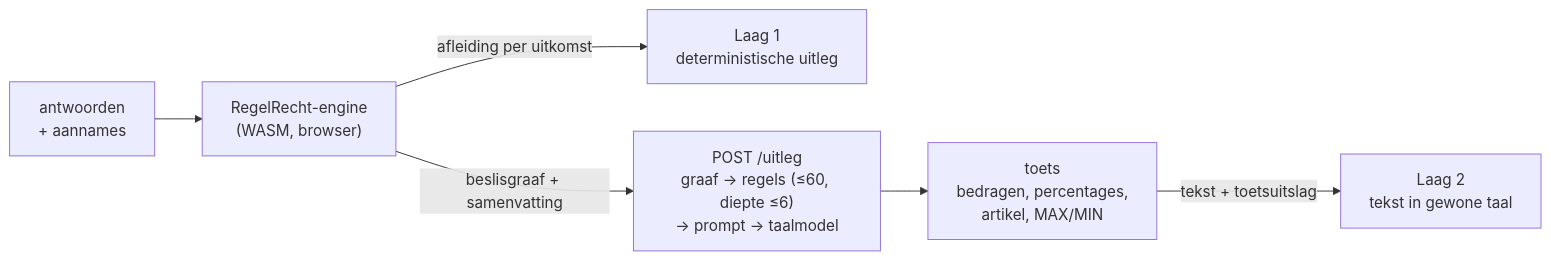
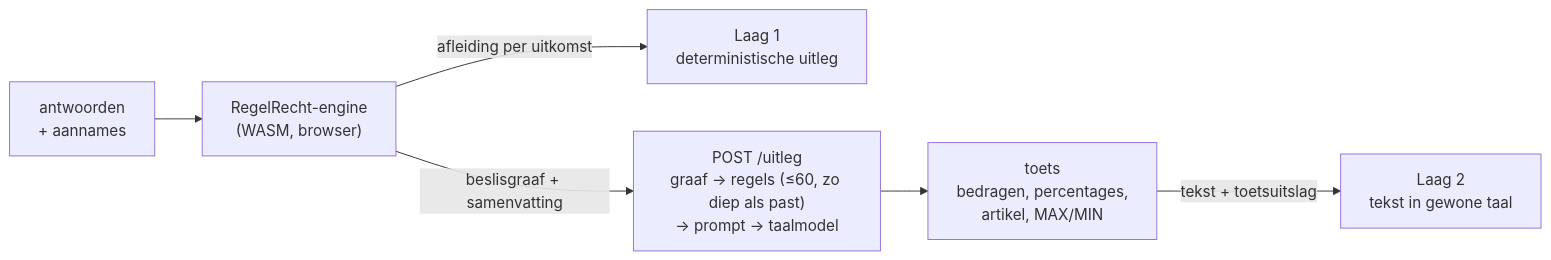
Before and after one commit to MinBZK/moza-poc-digitale-assistent: the diagram in docs/uitleg-technische-opstelling.md, drawn with Mermaid. The commit also changed other lines of this file, not shown here.

First line of the commit message:
docs: technische opstelling van de uitleg volgt de stand op main

````diff
--- a/docs/uitleg-technische-opstelling.md
+++ b/docs/uitleg-technische-opstelling.md
@@ -13,8 +13,8 @@
 ```mermaid
 flowchart LR
   A["antwoorden<br/>+ aannames"] --> E["RegelRecht-engine<br/>(WASM, browser)"]
   E -- "afleiding per uitkomst" --> L1["Laag 1<br/>deterministische uitleg"]
-  E -- "beslisgraaf + samenvatting" --> U["POST /uitleg<br/>graaf → regels (≤60, diepte ≤6)<br/>→ prompt → taalmodel"]
+  E -- "beslisgraaf + samenvatting" --> U["POST /uitleg<br/>graaf → regels (≤60, zo diep als past)<br/>→ prompt → taalmodel"]
   U --> T["toets<br/>bedragen, percentages,<br/>artikel, MAX/MIN"]
   T -- "tekst + toetsuitslag" --> L2["Laag 2<br/>tekst in gewone taal"]
 ```
````
